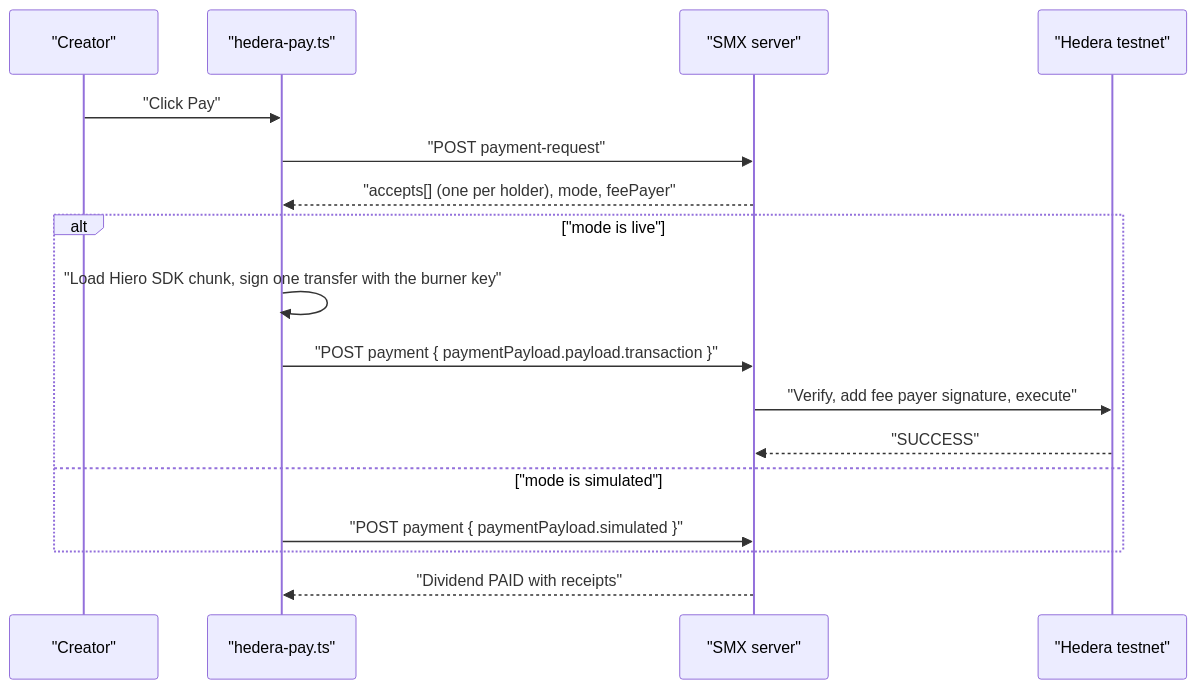
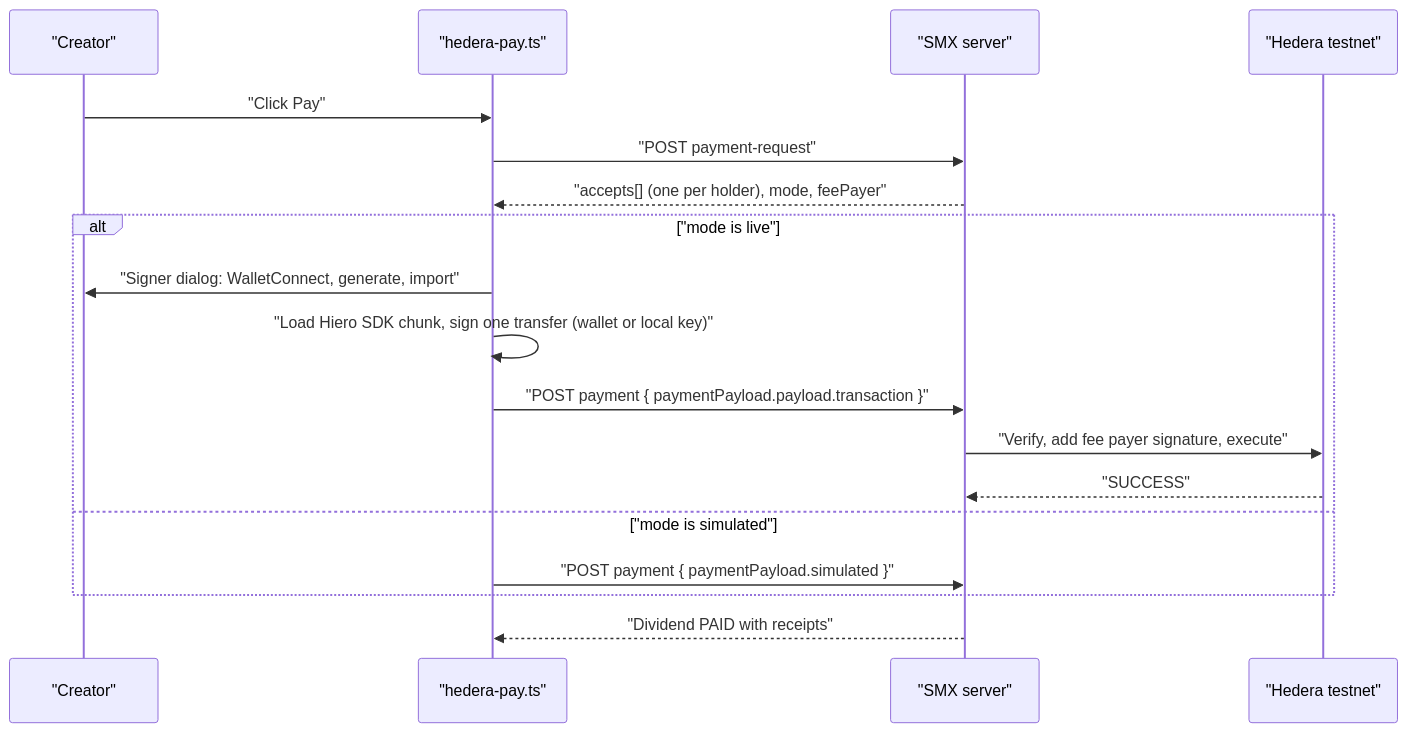
Before and after one commit to predatorx7/stakeme-ex: the third of 3 diagrams in docs/frontend-hooks.md, drawn with Mermaid. The commit also changed other lines of this file and 21 other files, not shown here.

Commit message:
Add WalletConnect sign-in and Hedera wallet payments

````diff
--- a/docs/frontend-hooks.md
+++ b/docs/frontend-hooks.md
@@ -150,19 +232,20 @@
 ```mermaid
 sequenceDiagram
 	participant U as "Creator"
 	participant B as "hedera-pay.ts"
 	participant S as "SMX server"
 	participant H as "Hedera testnet"
 	U->>B: "Click Pay"
 	B->>S: "POST payment-request"
 	S-->>B: "accepts[] (one per holder), mode, feePayer"
 	alt "mode is live"
-		B->>B: "Load Hiero SDK chunk, sign one transfer with the burner key"
+		B->>U: "Signer dialog: WalletConnect, generate, import"
+		B->>B: "Load Hiero SDK chunk, sign one transfer (wallet or local key)"
 		B->>S: "POST payment { paymentPayload.payload.transaction }"
 		S->>H: "Verify, add fee payer signature, execute"
 		H-->>S: "SUCCESS"
 	else "mode is simulated"
 		B->>S: "POST payment { paymentPayload.simulated }"
 	end
 	S-->>B: "Dividend PAID with receipts"
 ```
````
